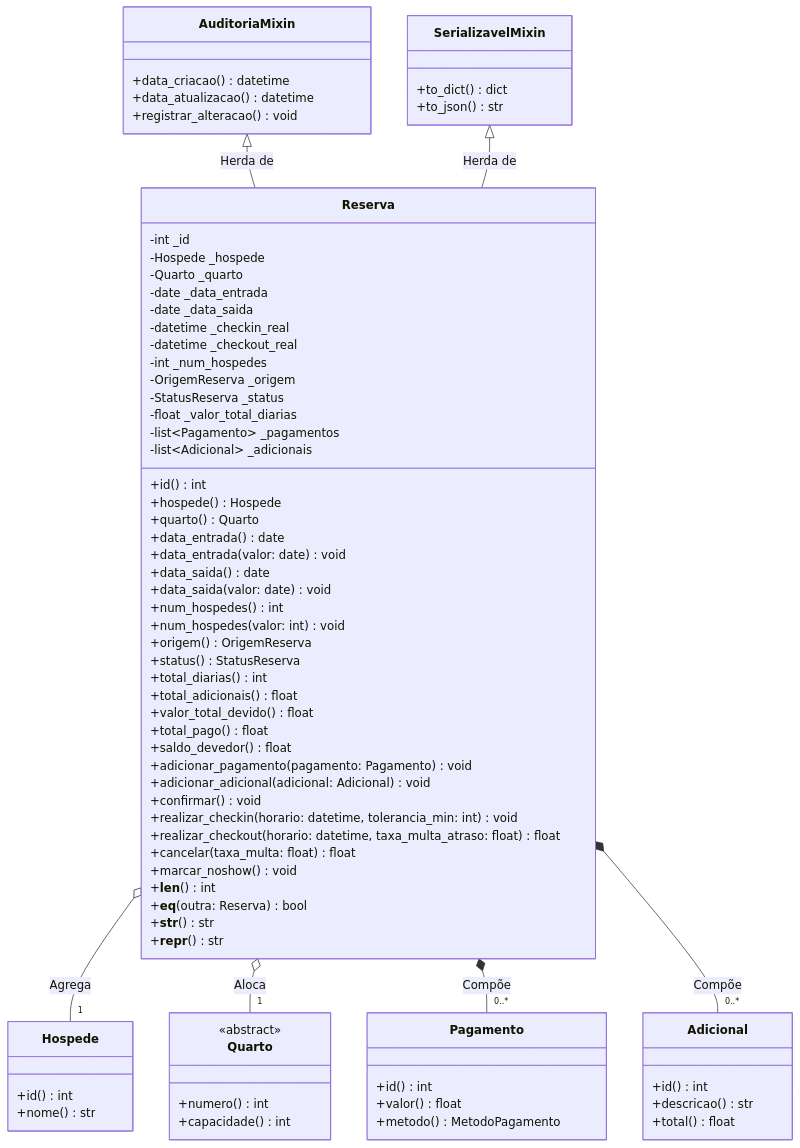
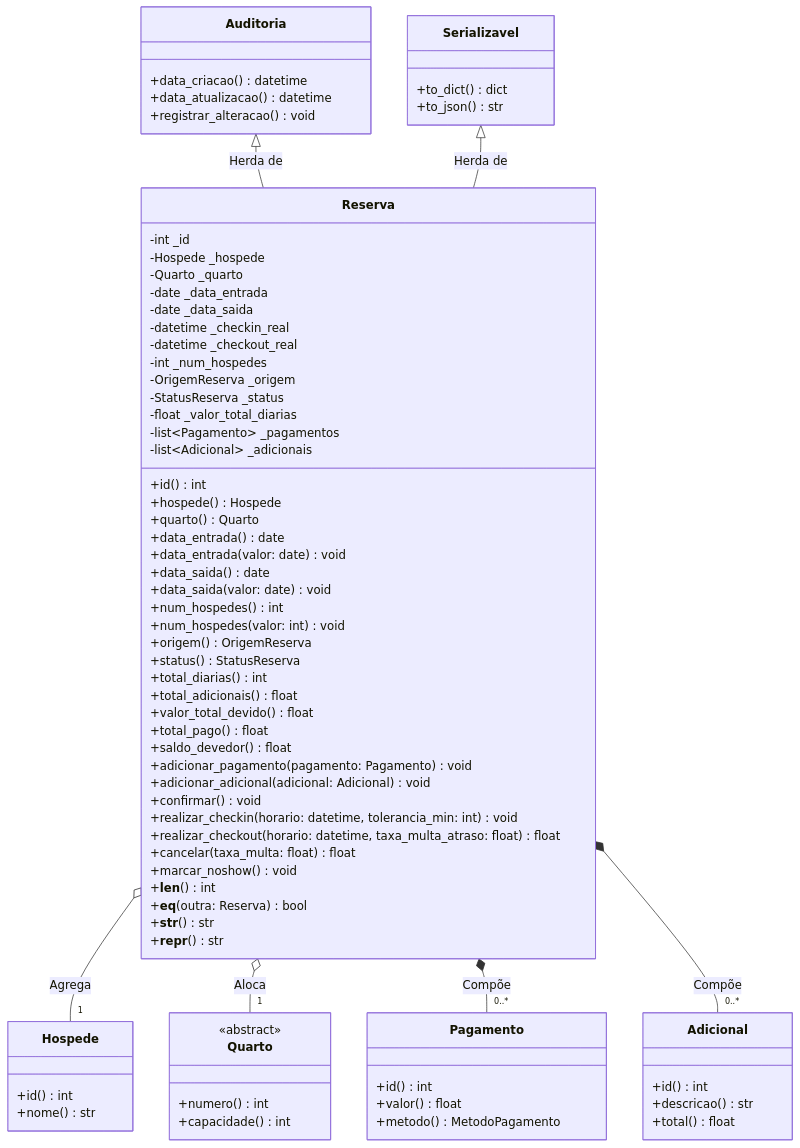
Diagram 14 of 23 in docs/uml_diagram.md (WandersonLobo/Sistema-de-Reserva-de-Hotel), drawn with Mermaid before and after one commit. The commit also changed other lines of this file and 1 other file, not shown here.

Commit message:
docs: update UML documentation to reflect class name changes from mixins to concrete classes

````diff
--- a/docs/uml_diagram.md
+++ b/docs/uml_diagram.md
@@ -500,13 +500,13 @@
 ```mermaid
 classDiagram
     %% Definição das Classes
-    class AuditoriaMixin {
+    class Auditoria {
         +data_criacao() datetime
         +data_atualizacao() datetime
         +registrar_alteracao() void
     }
 
-    class SerializavelMixin {
+    class Serializavel {
         +to_dict() dict
         +to_json() str
     }
@@ -578,8 +578,8 @@
     }
 
     %% Relações de Herança, Agregação e Composição
-    AuditoriaMixin <|-- Reserva : Herda de
-    SerializavelMixin <|-- Reserva : Herda de
+    Auditoria <|-- Reserva : Herda de
+    Serializavel <|-- Reserva : Herda de
     Reserva o-- "1" Hospede : Agrega
     Reserva o-- "1" Quarto : Aloca
     Reserva *-- "0..*" Pagamento : Compõe
````
